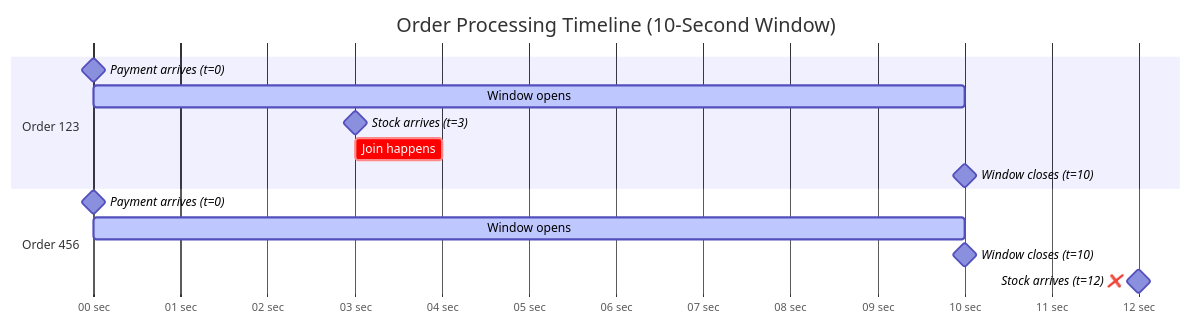
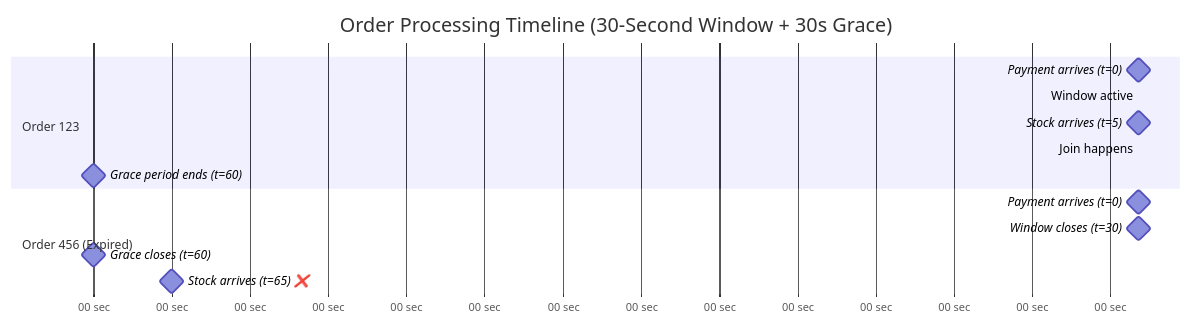
Before and after one commit to rajadilipkolli/spring-boot-microservices-series-v2: the fourth of 10 diagrams in order-service/docs/06-Saga-Confusion-Points-Clarified.md, drawn with Mermaid. The commit also changed other lines of this file and 51 other files, not shown here.

````diff
--- a/order-service/docs/06-Saga-Confusion-Points-Clarified.md
+++ b/order-service/docs/06-Saga-Confusion-Points-Clarified.md
@@ -280,19 +249,19 @@
 ```mermaid
 gantt
-    title Order Processing Timeline (10-Second Window)
+    title Order Processing Timeline (30-Second Window + 30s Grace)
     dateFormat ss
     axisFormat %S sec
     
     section Order 123
     Payment arrives (t=0)     :milestone, m1, 00, 0s
-    Window opens              :active, w1, 00, 10s
-    Stock arrives (t=3)       :milestone, m2, 03, 0s
-    Join happens              :crit, j1, 03, 1s
-    Window closes (t=10)      :milestone, m3, 10, 0s
+    Window active             :active, w1, 00, 30s
+    Stock arrives (t=5)       :milestone, m2, 05, 0s
+    Join happens              :crit, j1, 05, 1s
+    Grace period ends (t=60)  :milestone, m3, 60, 0s
     
-    section Order 456
+    section Order 456 (Expired)
     Payment arrives (t=0)     :milestone, m4, 00, 0s
-    Window opens              :active, w2, 00, 10s
-    Window closes (t=10)      :milestone, m5, 10, 0s
-    Stock arrives (t=12) ❌   :milestone, m6, 12, 0s
+    Window closes (t=30)      :milestone, m5, 30, 0s
+    Grace closes (t=60)       :milestone, m6, 60, 0s
+    Stock arrives (t=65) ❌   :milestone, m7, 65, 0s
 ```
````
